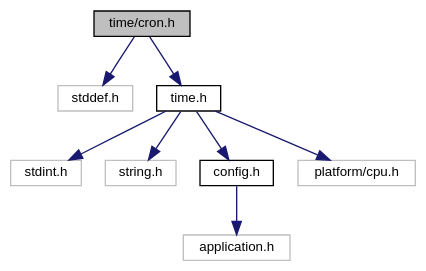
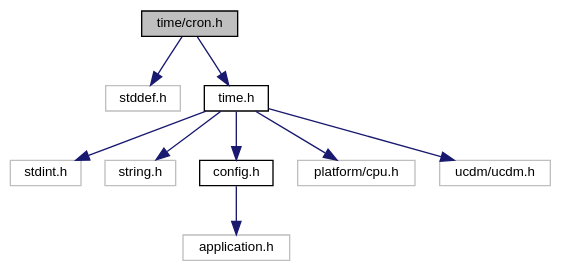
Before and after one commit to ebs-universe/piolib-time: the diagram in cron_8h__incl.dot, drawn with Graphviz. The commit also changed 68 other files, not shown here.

```diff
--- a/cron_8h__incl.dot
+++ b/cron_8h__incl.dot
@@ -1,23 +1,25 @@
 digraph "time/cron.h"
 {
  // INTERACTIVE_SVG=YES
  // LATEX_PDF_SIZE
   bgcolor="transparent";
   edge [fontname="Helvetica",fontsize="10",labelfontname="Helvetica",labelfontsize="10"];
   node [fontname="Helvetica",fontsize="10",shape=record];
   Node1 [label="time/cron.h",height=0.2,width=0.4,color="black", fillcolor="grey75", style="filled", fontcolor="black",tooltip="Cron-like scheduling framework for embebedded systems."];
   Node1 -> Node2 [color="midnightblue",fontsize="10",style="solid",fontname="Helvetica"];
   Node2 [label="stddef.h",height=0.2,width=0.4,color="grey75",tooltip=" "];
   Node1 -> Node3 [color="midnightblue",fontsize="10",style="solid",fontname="Helvetica"];
   Node3 [label="time.h",height=0.2,width=0.4,color="black",URL="$time_8h.html",tooltip="Time related functions for embebedded systems."];
   Node3 -> Node4 [color="midnightblue",fontsize="10",style="solid",fontname="Helvetica"];
   Node4 [label="stdint.h",height=0.2,width=0.4,color="grey75",tooltip=" "];
   Node3 -> Node5 [color="midnightblue",fontsize="10",style="solid",fontname="Helvetica"];
   Node5 [label="string.h",height=0.2,width=0.4,color="grey75",tooltip=" "];
   Node3 -> Node6 [color="midnightblue",fontsize="10",style="solid",fontname="Helvetica"];
   Node6 [label="config.h",height=0.2,width=0.4,color="black",URL="$config_8h_source.html",tooltip=" "];
   Node6 -> Node7 [color="midnightblue",fontsize="10",style="solid",fontname="Helvetica"];
   Node7 [label="application.h",height=0.2,width=0.4,color="grey75",tooltip=" "];
   Node3 -> Node8 [color="midnightblue",fontsize="10",style="solid",fontname="Helvetica"];
   Node8 [label="platform/cpu.h",height=0.2,width=0.4,color="grey75",tooltip=" "];
+  Node3 -> Node9 [color="midnightblue",fontsize="10",style="solid",fontname="Helvetica"];
+  Node9 [label="ucdm/ucdm.h",height=0.2,width=0.4,color="grey75",tooltip=" "];
 }
```
